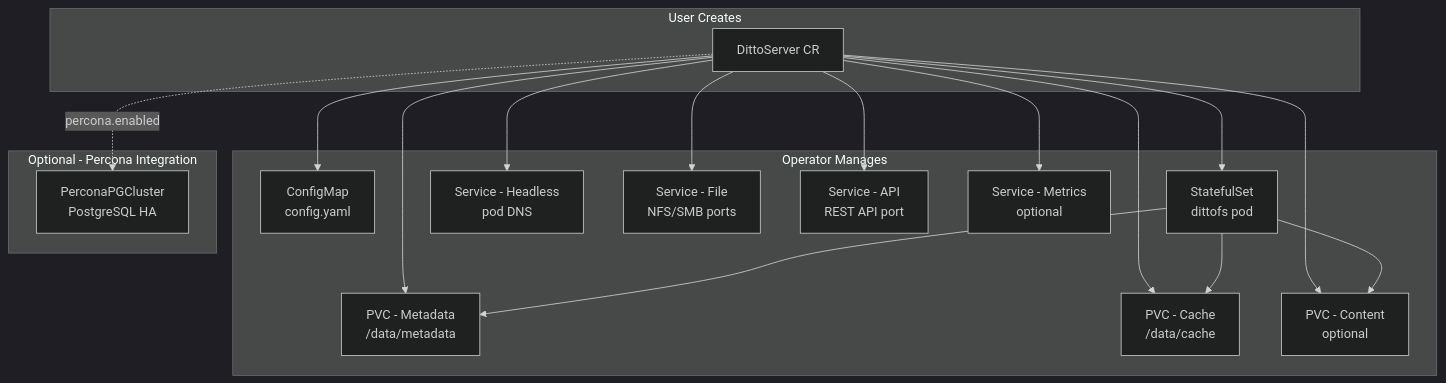
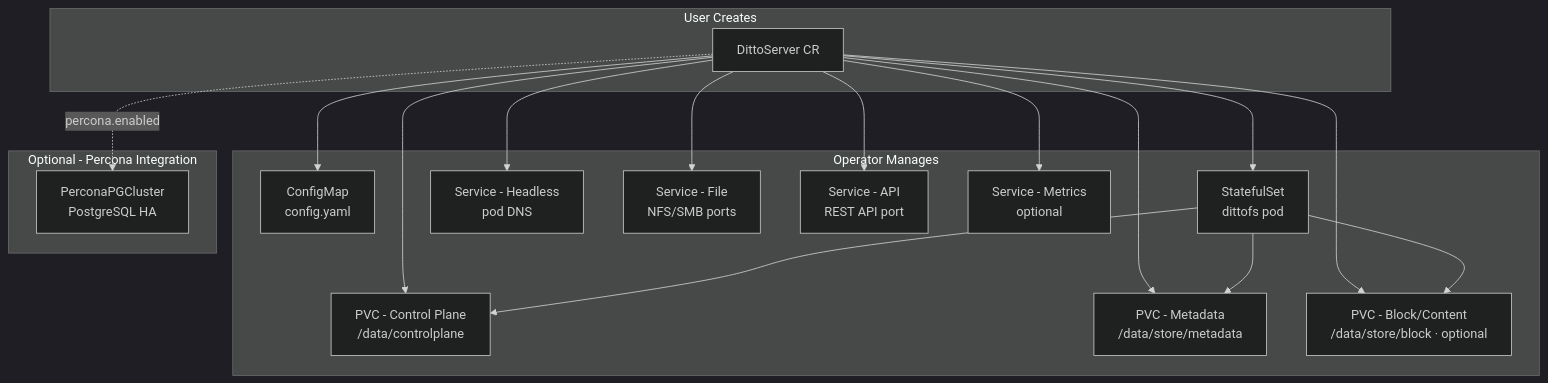
The diagram in k8s/dittofs-operator/docs/CRD_REFERENCE.md (esignoretti/dittofs), drawn with Mermaid (dark theme) before and after one commit. The commit also changed other lines of this file and 29 other files, not shown here.

````diff
--- a/k8s/dittofs-operator/docs/CRD_REFERENCE.md
+++ b/k8s/dittofs-operator/docs/CRD_REFERENCE.md
@@ -22,36 +22,36 @@
 ```mermaid
 graph TB
     subgraph "User Creates"
         CR[DittoServer CR]
     end
 
     subgraph "Operator Manages"
         CM[ConfigMap<br>config.yaml]
         STS[StatefulSet<br>dittofs pod]
         SVC1[Service - Headless<br>pod DNS]
         SVC2[Service - File<br>NFS/SMB ports]
         SVC3[Service - API<br>REST API port]
         SVC4[Service - Metrics<br>optional]
-        PVC1[PVC - Metadata<br>/data/metadata]
-        PVC2[PVC - Cache<br>/data/cache]
-        PVC3[PVC - Content<br>optional]
+        PVC1[PVC - Control Plane<br>/data/controlplane]
+        PVC2[PVC - Metadata<br>/data/store/metadata]
+        PVC3[PVC - Block/Content<br>/data/store/block · optional]
     end
 
     subgraph "Optional - Percona Integration"
         PG[PerconaPGCluster<br>PostgreSQL HA]
     end
 
     CR --> CM
     CR --> STS
     CR --> SVC1
     CR --> SVC2
     CR --> SVC3
     CR --> SVC4
     CR --> PVC1
     CR --> PVC2
     CR --> PVC3
     CR -.->|percona.enabled| PG
     STS --> PVC1
     STS --> PVC2
     STS --> PVC3
 ```
````
